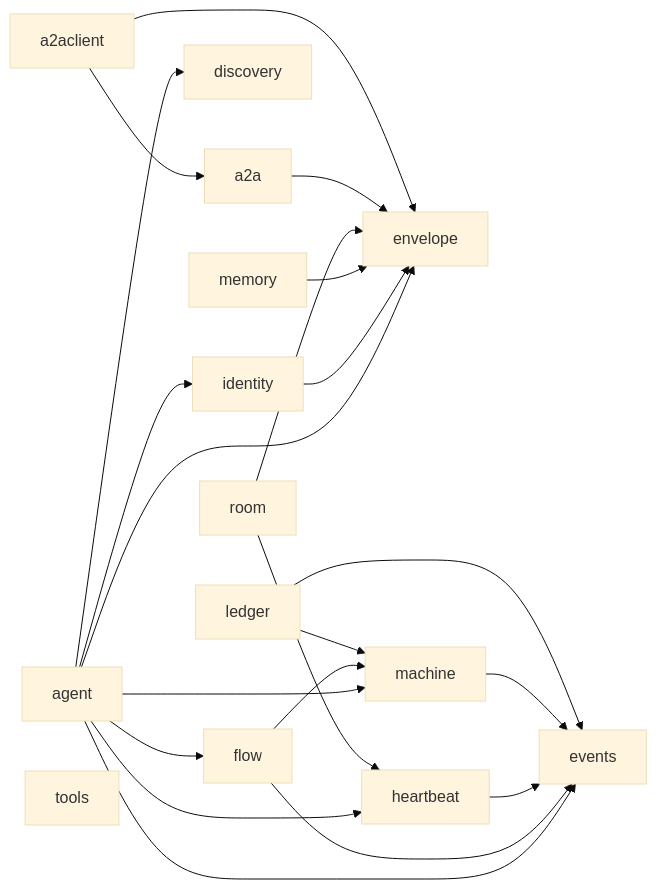
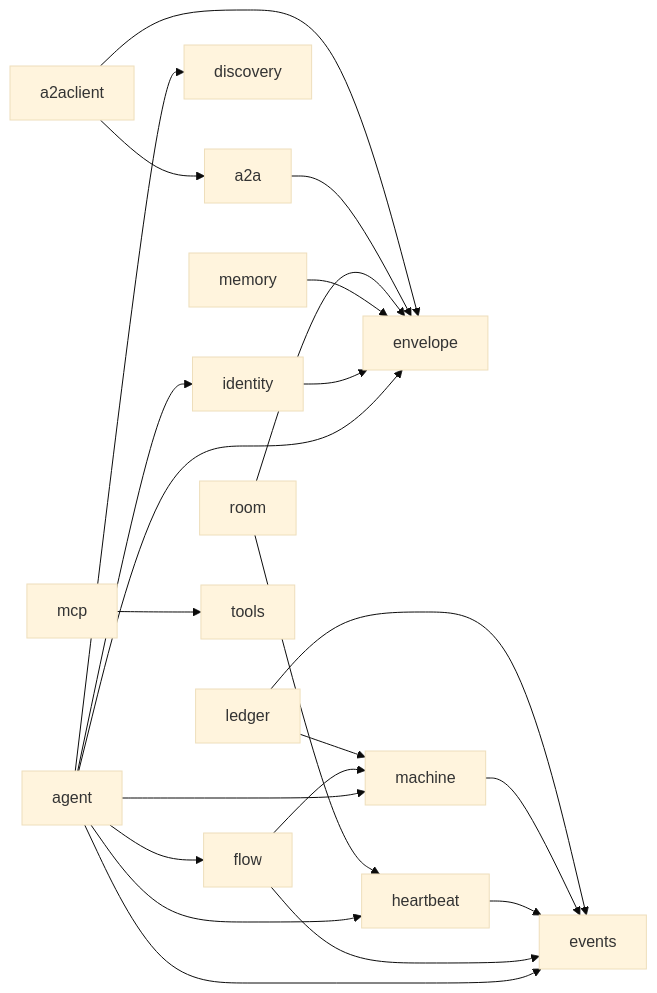
Before and after one commit to MiviaLabs/mivia-ai-sdk: the first of 2 diagrams in docs/architecture.md, drawn with Mermaid (base theme). The commit also changed other lines of this file and 30 other files, not shown here.

````diff
--- a/docs/architecture.md
+++ b/docs/architecture.md
@@ -25,27 +25,28 @@
 ```mermaid
 flowchart LR
     agent --> identity
     agent --> discovery
     agent --> flow
     agent --> envelope
     agent --> events
     agent --> machine
     agent --> heartbeat
     flow --> events
     flow --> machine
     heartbeat --> events
     identity --> envelope
     machine --> events
     ledger --> machine
     ledger --> events
     memory --> envelope
     room --> envelope
     room --> heartbeat
     a2a --> envelope
     a2aclient --> a2a
     a2aclient --> envelope
+    mcp --> tools
     discovery[discovery]
     envelope[envelope]
     events[events]
     tools[tools]
 ```
````
